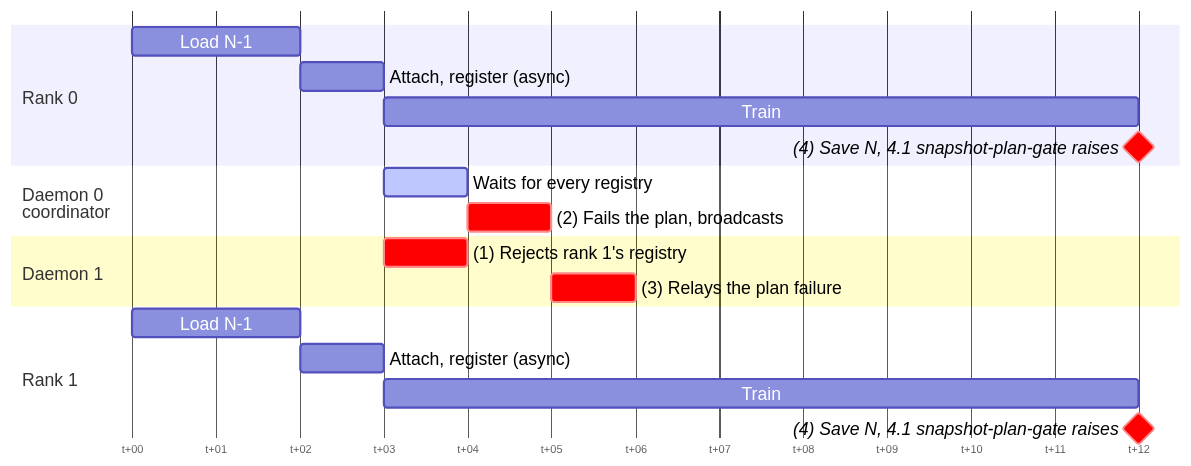
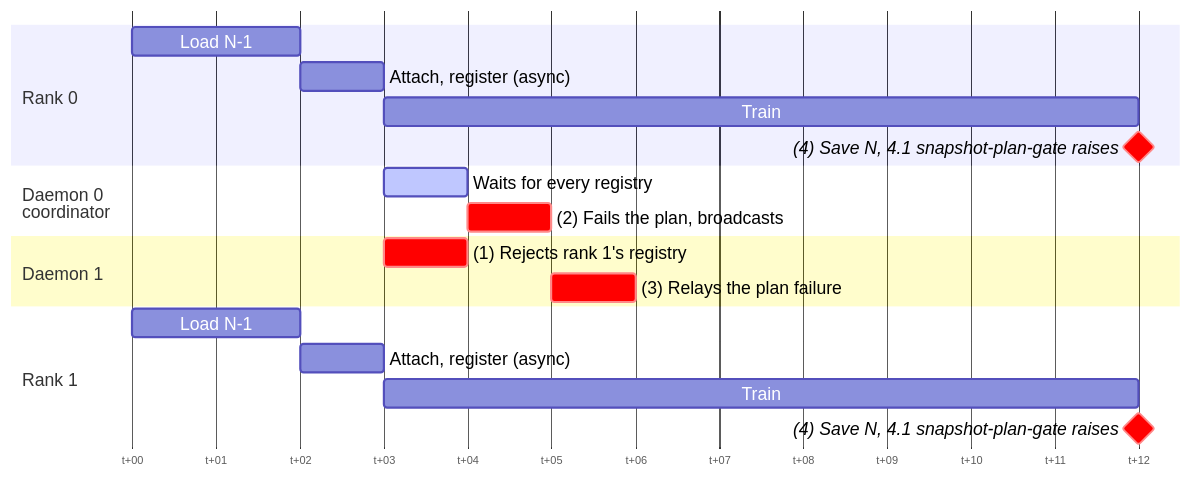
Before and after one commit to ankurv-nvidia/nvrx_checkpointing: the sixth of 14 diagrams in docs/Design.md, drawn with Mermaid. The commit also changed other lines of this file, not shown here.

Commit message:
Update diagrams

````diff
--- a/docs/Design.md
+++ b/docs/Design.md
@@ -517,27 +513,27 @@
 ```mermaid
-%%{init: {"gantt": {"fontSize": 16, "sectionFontSize": 16, "barHeight": 26, "barGap": 6, "leftPadding": 110, "topPadding": 40}}}%%
+%%{init: {"gantt": {"fontSize": 16, "sectionFontSize": 16, "barHeight": 26, "barGap": 6, "leftPadding": 110, "topPadding": 50}}}%%
 gantt
     dateFormat HH:mm
     axisFormat t+%M
     todayMarker off
 
     section Rank 0
-    Load N-1                            :r0a, 00:00, 2m
-    Attach, register (async)            :r0b, 00:02, 1m
-    Train                               :r0c, 00:03, 9m
-    (4) Save N, 4.1 snapshot-plan-gate raises:crit, milestone, r0d, 00:12, 0m
+    Load N-1                                  :r0a, 00:00, 2m
+    Attach, register (async)                  :r0b, 00:02, 1m
+    Train                                     :r0c, 00:03, 9m
+    (4) Save N, 4.1 snapshot-plan-gate raises :crit, milestone, r0d, 00:12, 0m
 
     section Daemon 0<br>coordinator
-    Waits for every registry            :active, d0a, 00:03, 1m
-    (2) Fails the plan, broadcasts      :crit, d0b, 00:04, 1m
+    Waits for every registry                  :active, d0a, 00:03, 1m
+    (2) Fails the plan, broadcasts            :crit, d0b, 00:04, 1m
 
     section Daemon 1
-    (1) Rejects rank 1's registry       :crit, d1a, 00:03, 1m
-    (3) Relays the plan failure         :crit, d1b, 00:05, 1m
+    (1) Rejects rank 1's registry             :crit, d1a, 00:03, 1m
+    (3) Relays the plan failure               :crit, d1b, 00:05, 1m
 
     section Rank 1
-    Load N-1                            :r1a, 00:00, 2m
-    Attach, register (async)            :r1b, 00:02, 1m
-    Train                               :r1c, 00:03, 9m
-    (4) Save N, 4.1 snapshot-plan-gate raises:crit, milestone, r1d, 00:12, 0m
+    Load N-1                                  :r1a, 00:00, 2m
+    Attach, register (async)                  :r1b, 00:02, 1m
+    Train                                     :r1c, 00:03, 9m
+    (4) Save N, 4.1 snapshot-plan-gate raises :crit, milestone, r1d, 00:12, 0m
 ```
````
